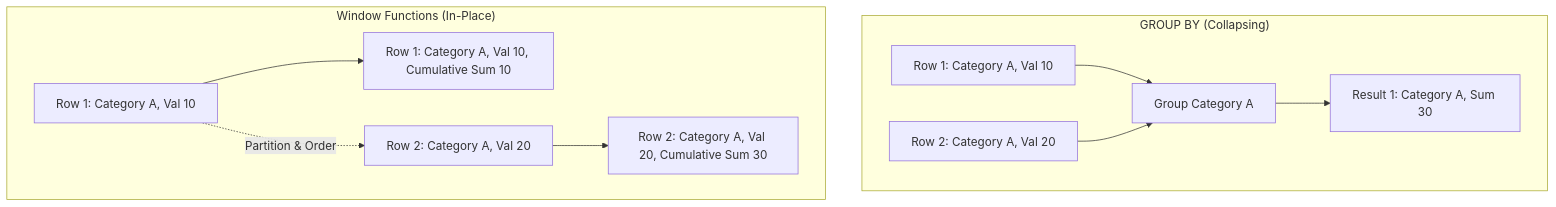
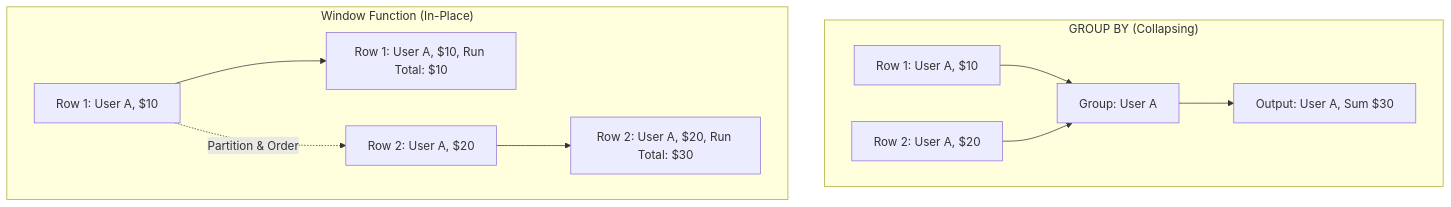
Before and after one commit to AD0791/interviewprep: the first of 2 diagrams in 01_fastapi_sqlalchemy_postgres/01_postgres_aggregation_sqlalchemy.md, drawn with Mermaid. The commit also changed other lines of this file and 7 other files, not shown here.

````diff
--- a/01_fastapi_sqlalchemy_postgres/01_postgres_aggregation_sqlalchemy.md
+++ b/01_fastapi_sqlalchemy_postgres/01_postgres_aggregation_sqlalchemy.md
@@ -28,14 +26,14 @@
 ```mermaid
 graph TD
-    subgraph Collapse ["GROUP BY (Collapsing)"]
-        R1[Row 1: Category A, Val 10] --> G1[Group Category A]
-        R2[Row 2: Category A, Val 20] --> G1
-        G1 --> Out1[Result 1: Category A, Sum 30]
+    subgraph GroupBy ["GROUP BY (Collapsing)"]
+        R1[Row 1: User A, $10] --> G[Group: User A]
+        R2[Row 2: User A, $20] --> G
+        G --> Out1[Output: User A, Sum $30]
     end
 
-    subgraph Window ["Window Functions (In-Place)"]
-        W1[Row 1: Category A, Val 10] --> O1[Row 1: Category A, Val 10, Cumulative Sum 10]
-        W2[Row 2: Category A, Val 20] --> O2[Row 2: Category A, Val 20, Cumulative Sum 30]
+    subgraph Window ["Window Function (In-Place)"]
+        W1[Row 1: User A, $10] --> O1[Row 1: User A, $10, Run Total: $10]
+        W2[Row 2: User A, $20] --> O2[Row 2: User A, $20, Run Total: $30]
         W1 -. Partition & Order .-> W2
     end
 ```
````
